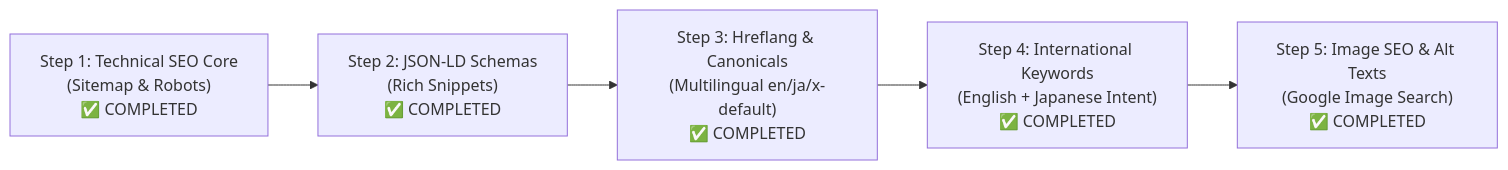
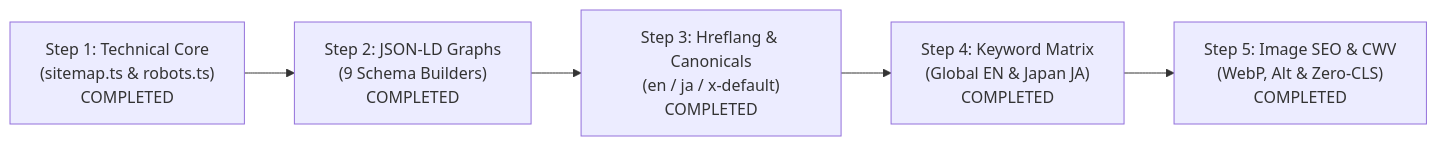
One commit to ikisakitours/ikisakitours changed the second of 2 diagrams in SEO_BLUEPRINT.md. Above: the diagram before and after it, drawn with Mermaid. The commit also changed other lines of this file and 1 other file, not shown here.

First line of the commit message:
docs: update README.md and SEO_BLUEPRINT.md documentation

````diff
--- a/SEO_BLUEPRINT.md
+++ b/SEO_BLUEPRINT.md
@@ -336,7 +324,7 @@
 ```mermaid
 flowchart LR
-    Step1["Step 1: Technical SEO Core<br/>(Sitemap & Robots)<br/>✅ COMPLETED"] --> Step2["Step 2: JSON-LD Schemas<br/>(Rich Snippets)<br/>✅ COMPLETED"]
-    Step2 --> Step3["Step 3: Hreflang & Canonicals<br/>(Multilingual en/ja/x-default)<br/>✅ COMPLETED"]
-    Step3 --> Step4["Step 4: International Keywords<br/>(English + Japanese Intent)<br/>✅ COMPLETED"]
-    Step4 --> Step5["Step 5: Image SEO & Alt Texts<br/>(Google Image Search)<br/>✅ COMPLETED"]
+  S1["Step 1: Technical Core<br/>(sitemap.ts & robots.ts)<br/>COMPLETED"] --> S2["Step 2: JSON-LD Graphs<br/>(9 Schema Builders)<br/>COMPLETED"]
+  S2 --> S3["Step 3: Hreflang & Canonicals<br/>(en / ja / x-default)<br/>COMPLETED"]
+  S3 --> S4["Step 4: Keyword Matrix<br/>(Global EN & Japan JA)<br/>COMPLETED"]
+  S4 --> S5["Step 5: Image SEO & CWV<br/>(WebP, Alt & Zero-CLS)<br/>COMPLETED"]
 ```
````
